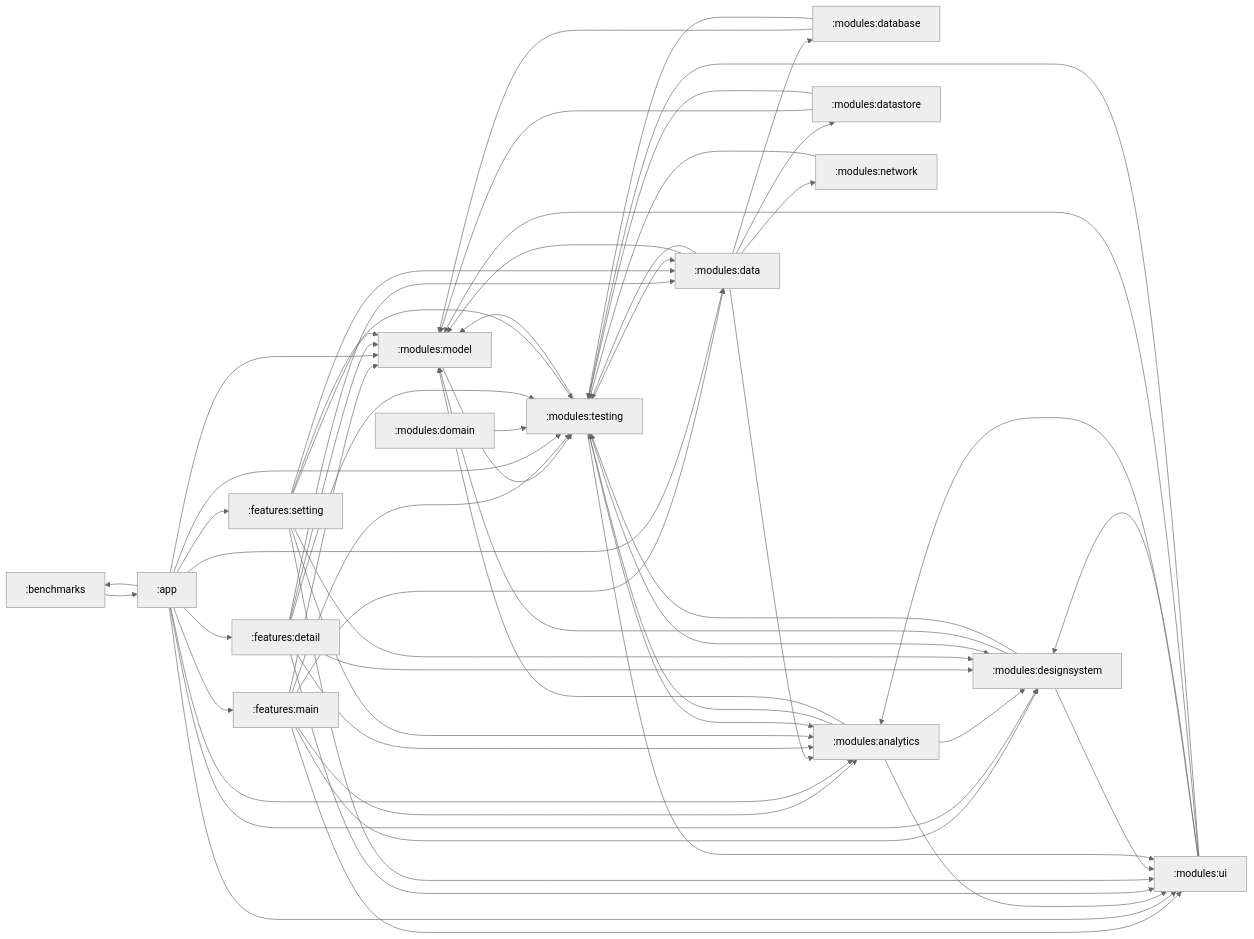
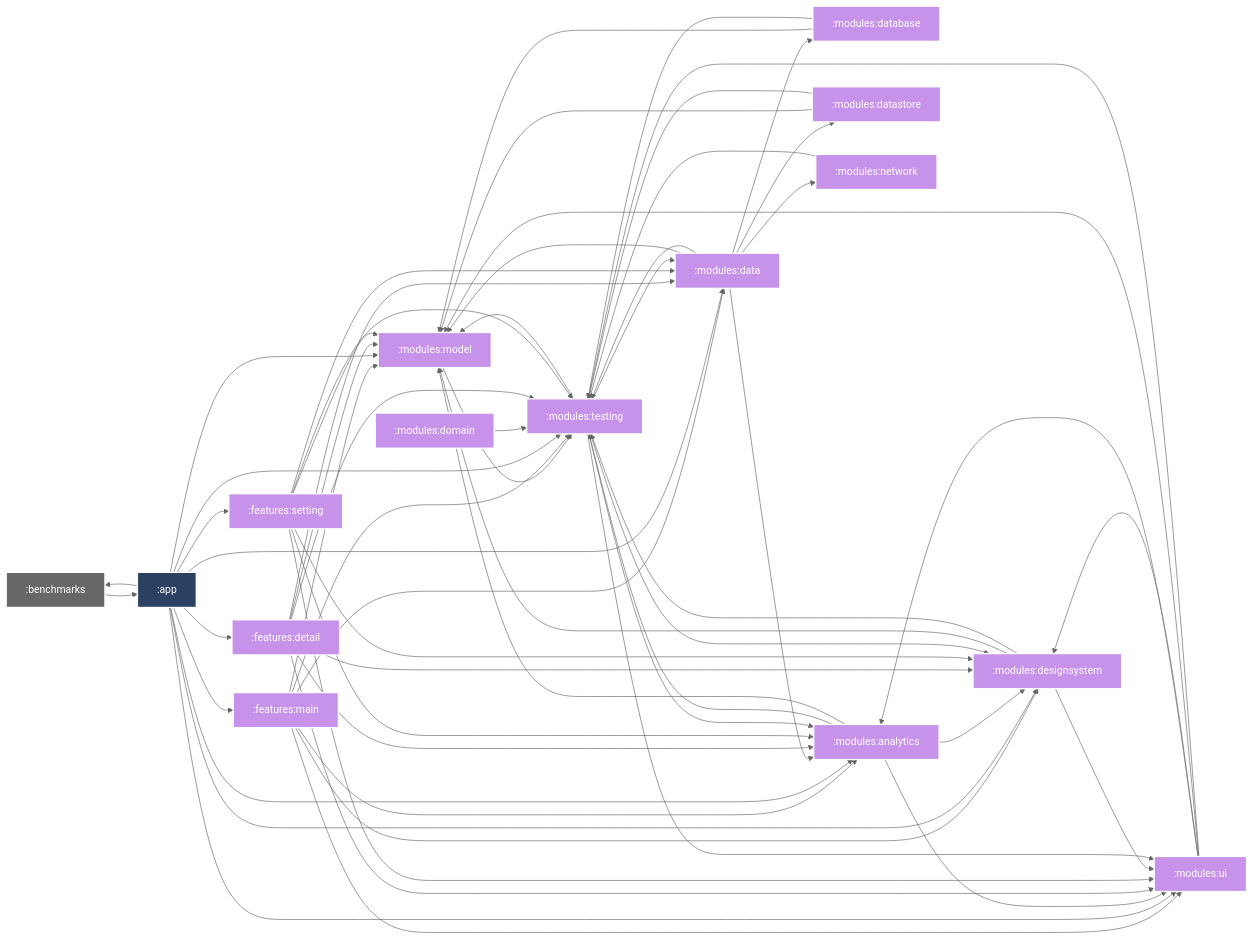
The diagram in FULLGRAPH.md (mshdabiola/Kmtemplate), drawn with Mermaid before and after one commit. The commit also changed 1 other file, not shown here.

Commit message:
feat: update module graph generation and styling
- Enables styling of the module graph by module type in `build.gradle.kts`.
- Adds module type-based styling to `FULLGRAPH.md` for Kotlin Multiplatform, Android application, and unknown types.
- Defines CSS classes for kotlin-multiplatform, unknown, and android-application module types with specific colors and styles.
- Adds classes for several modules like :modules:model, :modules:testing, :app, :modules:database, etc. to apply the defined styling.

````diff
--- a/FULLGRAPH.md
+++ b/FULLGRAPH.md
@@ -66,4 +66,24 @@
   :modules:testing --> :modules:designsystem
   :modules:testing --> :modules:ui
   :modules:network --> :modules:testing
+
+classDef kotlin-multiplatform fill:#C792EA,stroke:#fff,stroke-width:2px,color:#fff;
+classDef unknown fill:#676767,stroke:#fff,stroke-width:2px,color:#fff;
+classDef android-application fill:#2C4162,stroke:#fff,stroke-width:2px,color:#fff;
+class :modules:model kotlin-multiplatform
+class :modules:testing kotlin-multiplatform
+class :benchmarks unknown
+class :app android-application
+class :modules:database kotlin-multiplatform
+class :features:main kotlin-multiplatform
+class :modules:data kotlin-multiplatform
+class :modules:ui kotlin-multiplatform
+class :modules:designsystem kotlin-multiplatform
+class :modules:analytics kotlin-multiplatform
+class :features:detail kotlin-multiplatform
+class :features:setting kotlin-multiplatform
+class :modules:datastore kotlin-multiplatform
+class :modules:network kotlin-multiplatform
+class :modules:domain kotlin-multiplatform
+
 ```
````
